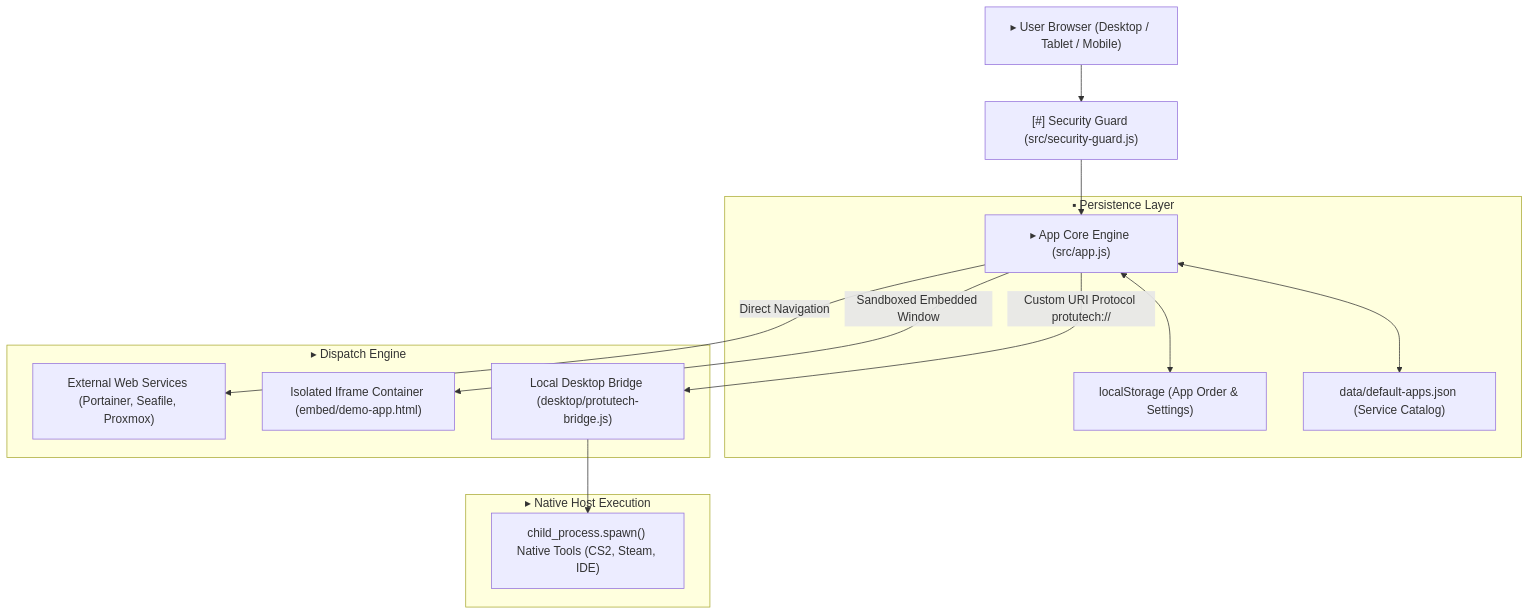
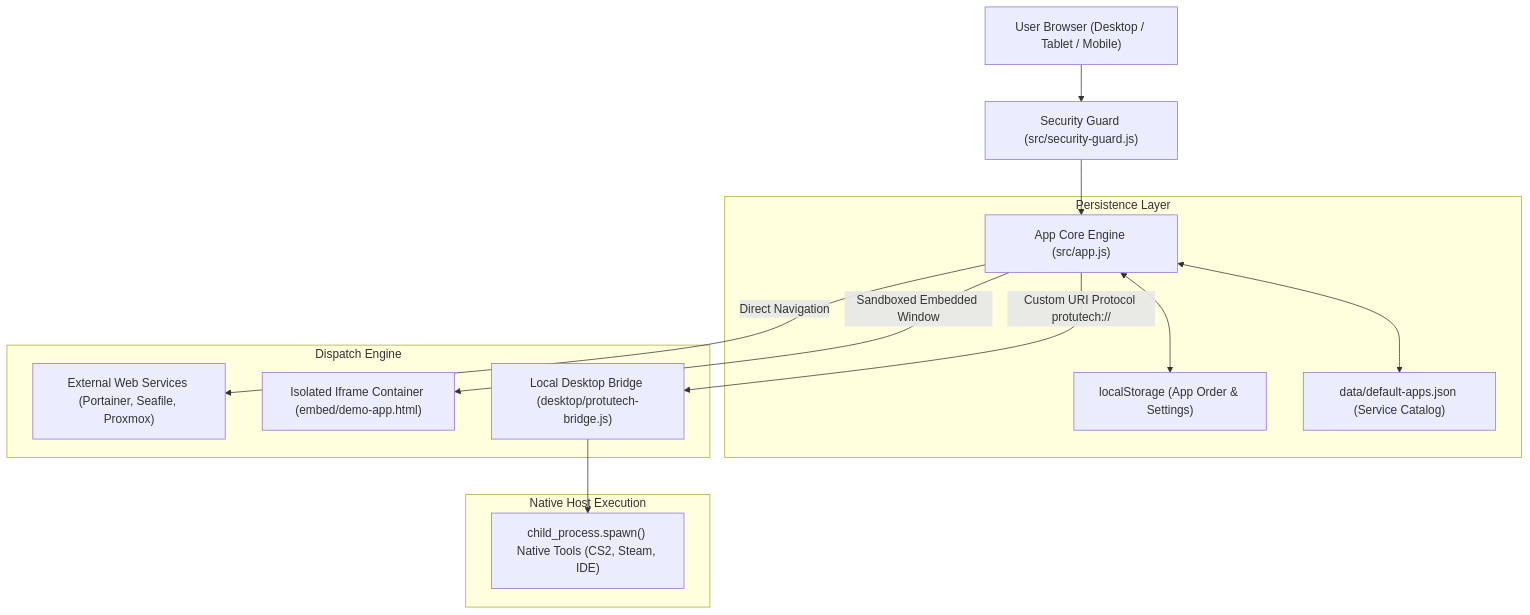
Before and after one commit to IAndrexI/documentation: the diagram in docs/apps/protutechdash/index.md, drawn with Mermaid. The commit also changed other lines of this file and 39 other files, not shown here.

````diff
--- a/docs/apps/protutechdash/index.md
+++ b/docs/apps/protutechdash/index.md
@@ -7,20 +7,20 @@
 ```mermaid
 graph TD
-    Client["▸ User Browser (Desktop / Tablet / Mobile)"] --> Guard["[#] Security Guard (src/security-guard.js)"]
-    Guard --> CoreApp["▸ App Core Engine (src/app.js)"]
+    Client["User Browser (Desktop / Tablet / Mobile)"] --> Guard["Security Guard (src/security-guard.js)"]
+    Guard --> CoreApp["App Core Engine (src/app.js)"]
     
-    subgraph StorageLayer["▪ Persistence Layer"]
+    subgraph StorageLayer["Persistence Layer"]
         CoreApp <--> LocalStore["localStorage (App Order & Settings)"]
         CoreApp <--> DefaultJSON["data/default-apps.json (Service Catalog)"]
     end
 
-    subgraph ServiceDispatch["▸ Dispatch Engine"]
+    subgraph ServiceDispatch["Dispatch Engine"]
         CoreApp -->|Direct Navigation| WebLink["External Web Services (Portainer, Seafile, Proxmox)"]
         CoreApp -->|Sandboxed Embedded Window| SafeFrame["Isolated Iframe Container (embed/demo-app.html)"]
         CoreApp -->|Custom URI Protocol protutech://| BridgeAgent["Local Desktop Bridge (desktop/protutech-bridge.js)"]
     end
 
-    subgraph DesktopExecution["▸ Native Host Execution"]
+    subgraph DesktopExecution["Native Host Execution"]
         BridgeAgent --> ProcessSpawn["child_process.spawn() Native Tools (CS2, Steam, IDE)"]
     end
 ```
````
